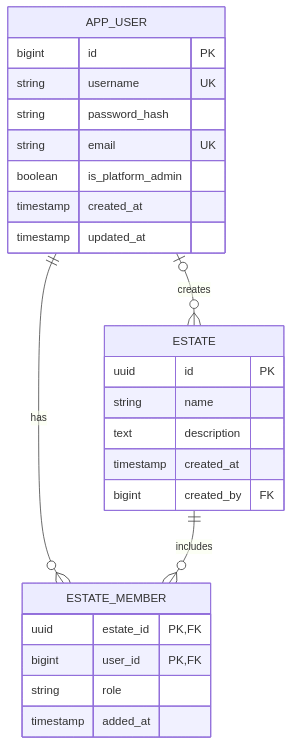
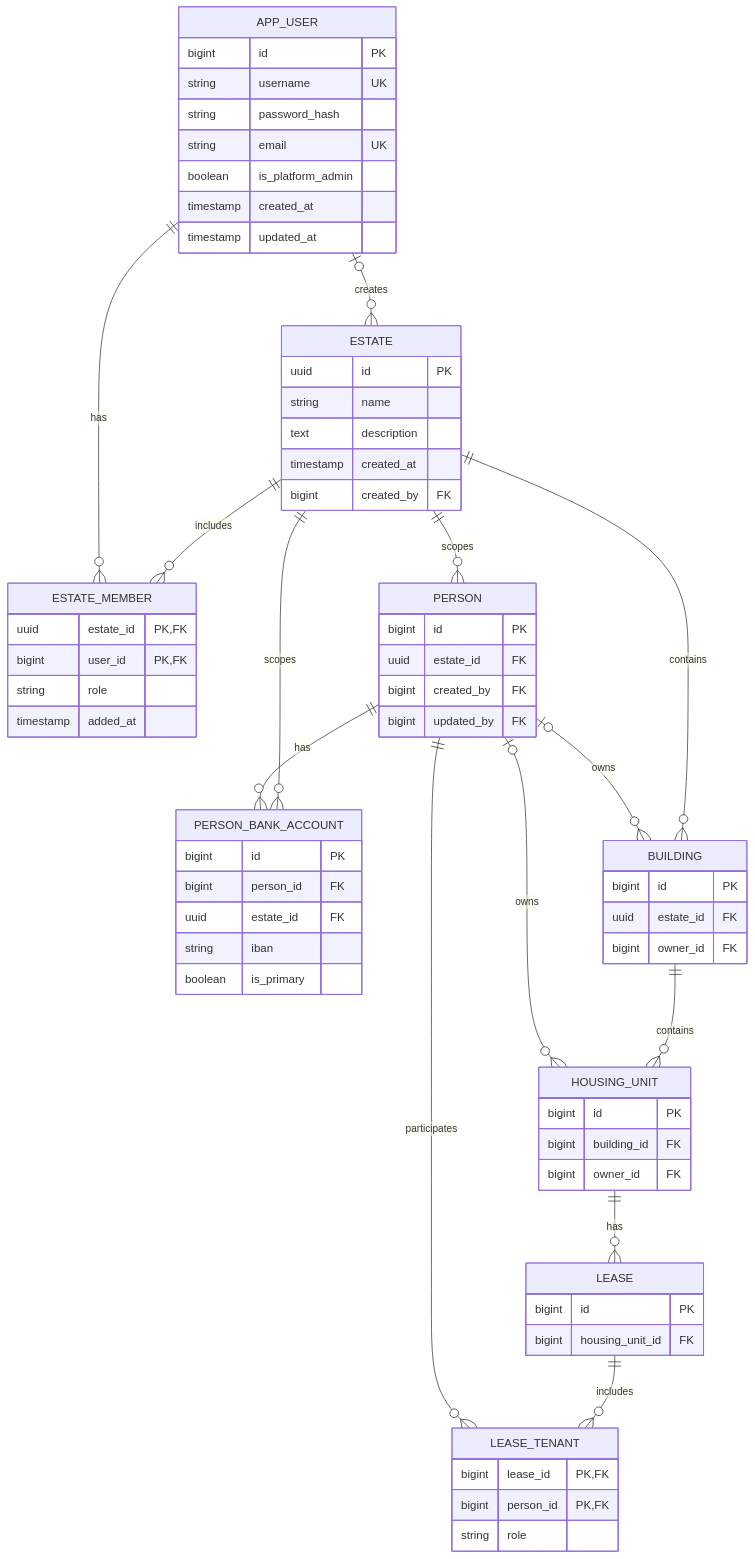
One commit to jtbgroup/immocare changed the diagram in documentation/technical/data-model.md. Above: the diagram before and after it, drawn with Mermaid. The commit also changed other lines of this file and 31 other files, not shown here.

````diff
--- a/documentation/technical/data-model.md
+++ b/documentation/technical/data-model.md
@@ -15,28 +15,70 @@
 ```mermaid
 erDiagram
     APP_USER {
         bigint id PK
         string username UK
         string password_hash
         string email UK
         boolean is_platform_admin
         timestamp created_at
         timestamp updated_at
     }
     ESTATE {
         uuid id PK
         string name
         text description
         timestamp created_at
         bigint created_by FK
     }
     ESTATE_MEMBER {
         uuid estate_id PK, FK
         bigint user_id PK, FK
         string role
         timestamp added_at
     }
+    PERSON {
+        bigint id PK
+        uuid estate_id FK
+        bigint created_by FK
+        bigint updated_by FK
+    }
+    PERSON_BANK_ACCOUNT {
+        bigint id PK
+        bigint person_id FK
+        uuid estate_id FK
+        string iban
+        boolean is_primary
+    }
+    BUILDING {
+        bigint id PK
+        uuid estate_id FK
+        bigint owner_id FK
+    }
+    HOUSING_UNIT {
+        bigint id PK
+        bigint building_id FK
+        bigint owner_id FK
+    }
+    LEASE {
+        bigint id PK
+        bigint housing_unit_id FK
+    }
+    LEASE_TENANT {
+        bigint lease_id PK, FK
+        bigint person_id PK, FK
+        string role
+    }
     APP_USER ||--o{ ESTATE_MEMBER : has
     ESTATE ||--o{ ESTATE_MEMBER : includes
     APP_USER o|--o{ ESTATE : creates
+    ESTATE ||--o{ PERSON : scopes
+    PERSON ||--o{ PERSON_BANK_ACCOUNT : has
+    ESTATE ||--o{ PERSON_BANK_ACCOUNT : scopes
+    PERSON o|--o{ BUILDING : owns
+    PERSON o|--o{ HOUSING_UNIT : owns
+    ESTATE ||--o{ BUILDING : contains
+    BUILDING ||--o{ HOUSING_UNIT : contains
+    HOUSING_UNIT ||--o{ LEASE : has
+    PERSON ||--o{ LEASE_TENANT : participates
+    LEASE ||--o{ LEASE_TENANT : includes
 ```
````
